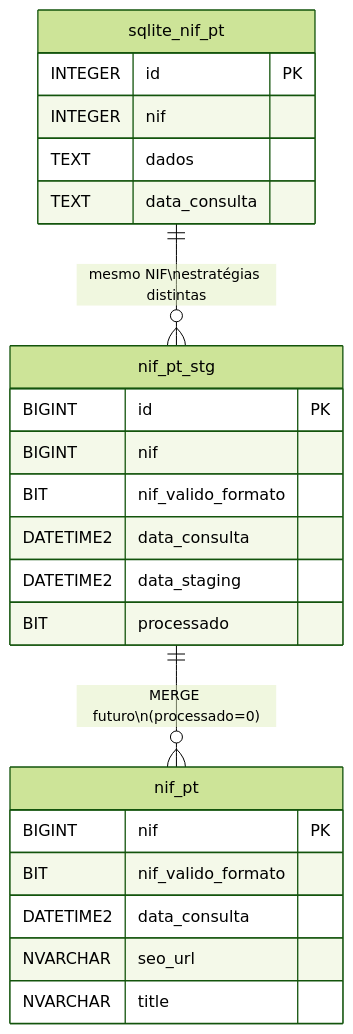
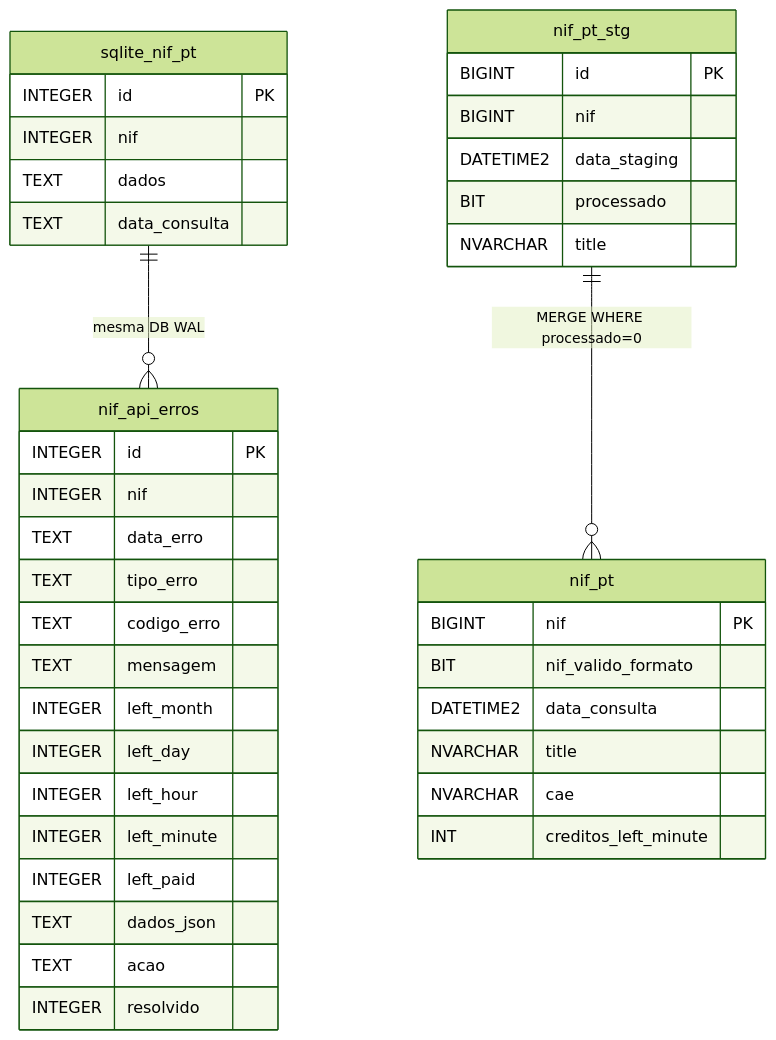
The diagram in docs/database/schema.md (nunoetome/nif-pt), drawn with Mermaid (forest theme) before and after one commit. The commit also changed other lines of this file and 19 other files, not shown here.

````diff
--- a/docs/database/schema.md
+++ b/docs/database/schema.md
@@ -7,26 +7,42 @@
 ```mermaid
 erDiagram
-    nif_pt {
-        BIGINT nif PK
-        BIT nif_valido_formato
-        DATETIME2 data_consulta
-        NVARCHAR seo_url
-        NVARCHAR title
-    }
-    nif_pt_stg {
-        BIGINT id PK
-        BIGINT nif
-        BIT nif_valido_formato
-        DATETIME2 data_consulta
-        DATETIME2 data_staging
-        BIT processado
-    }
     sqlite_nif_pt {
         INTEGER id PK
         INTEGER nif
         TEXT dados
         TEXT data_consulta
     }
-    nif_pt_stg ||--o{ nif_pt : "MERGE futuro\n(processado=0)"
-    sqlite_nif_pt ||--o{ nif_pt_stg : "mesmo NIF\nestratégias distintas"
+    nif_api_erros {
+        INTEGER id PK
+        INTEGER nif
+        TEXT data_erro
+        TEXT tipo_erro
+        TEXT codigo_erro
+        TEXT mensagem
+        INTEGER left_month
+        INTEGER left_day
+        INTEGER left_hour
+        INTEGER left_minute
+        INTEGER left_paid
+        TEXT dados_json
+        TEXT acao
+        INTEGER resolvido
+    }
+    nif_pt {
+        BIGINT nif PK
+        BIT nif_valido_formato
+        DATETIME2 data_consulta
+        NVARCHAR title
+        NVARCHAR cae
+        INT creditos_left_minute
+    }
+    nif_pt_stg {
+        BIGINT id PK
+        BIGINT nif
+        DATETIME2 data_staging
+        BIT processado
+        NVARCHAR title
+    }
+    nif_pt_stg ||--o{ nif_pt : "MERGE WHERE processado=0"
+    sqlite_nif_pt ||--o{ nif_api_erros : "mesma DB WAL"
 ```
````
